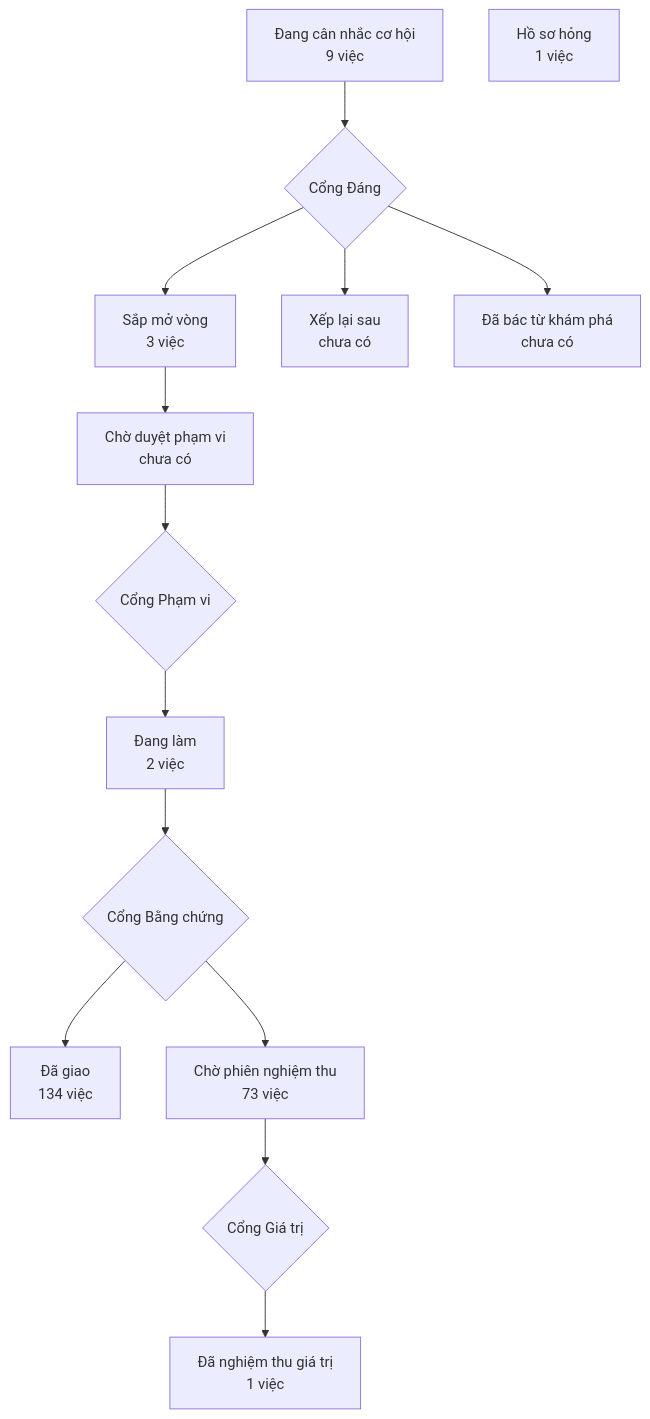
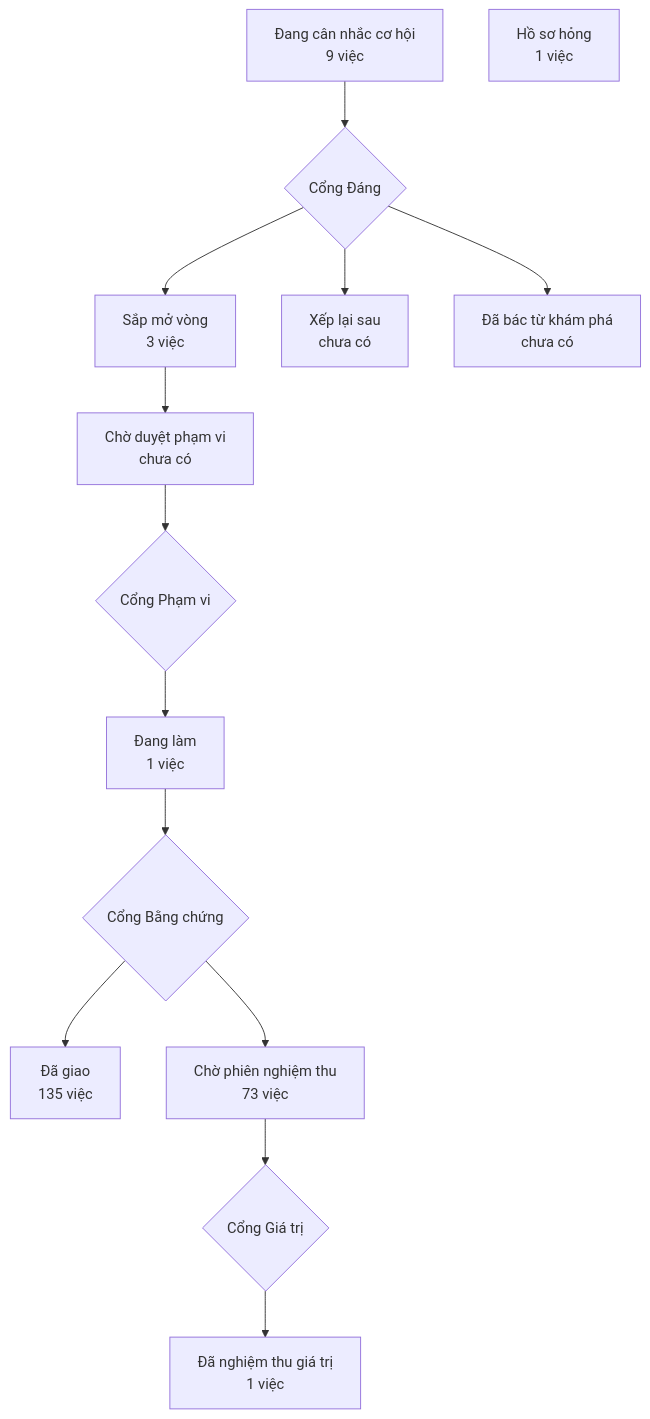
One commit to phanlemanh/crm-onehub changed the diagram in PRODUCT-MAP.md. Above: the diagram before and after it, drawn with Mermaid. The commit also changed other lines of this file and 3 other files, not shown here.

````diff
--- a/PRODUCT-MAP.md
+++ b/PRODUCT-MAP.md
@@ -7,13 +7,13 @@
 ```mermaid
 flowchart TD
   A["Đang cân nhắc cơ hội<br/>9 việc"] --> GD{"Cổng Đáng"}
   GD --> B["Sắp mở vòng<br/>3 việc"]
   GD --> XL["Xếp lại sau<br/>chưa có"]
   GD --> DB["Đã bác từ khám phá<br/>chưa có"]
   B --> CD["Chờ duyệt phạm vi<br/>chưa có"] --> GP{"Cổng Phạm vi"}
-  GP --> DL["Đang làm<br/>2 việc"] --> GB{"Cổng Bằng chứng"}
-  GB --> DG["Đã giao<br/>134 việc"]
+  GP --> DL["Đang làm<br/>1 việc"] --> GB{"Cổng Bằng chứng"}
+  GB --> DG["Đã giao<br/>135 việc"]
   GB --> CN["Chờ phiên nghiệm thu<br/>73 việc"] --> GG{"Cổng Giá trị"}
   GG --> NT["Đã nghiệm thu giá trị<br/>1 việc"]
   HS["Hồ sơ hỏng<br/>1 việc"]
 ```
````
